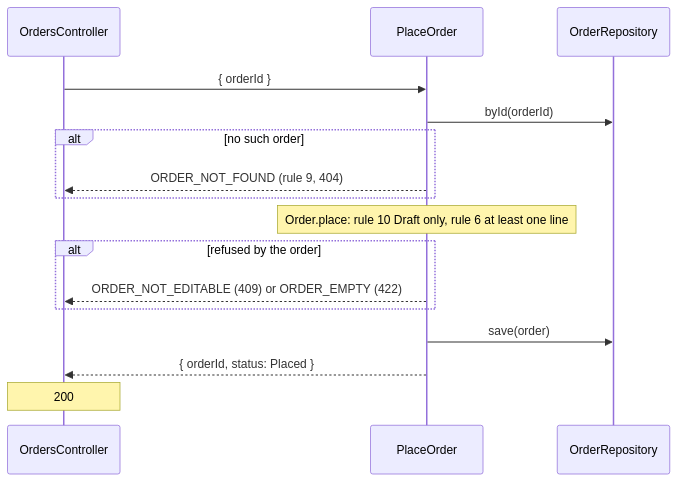
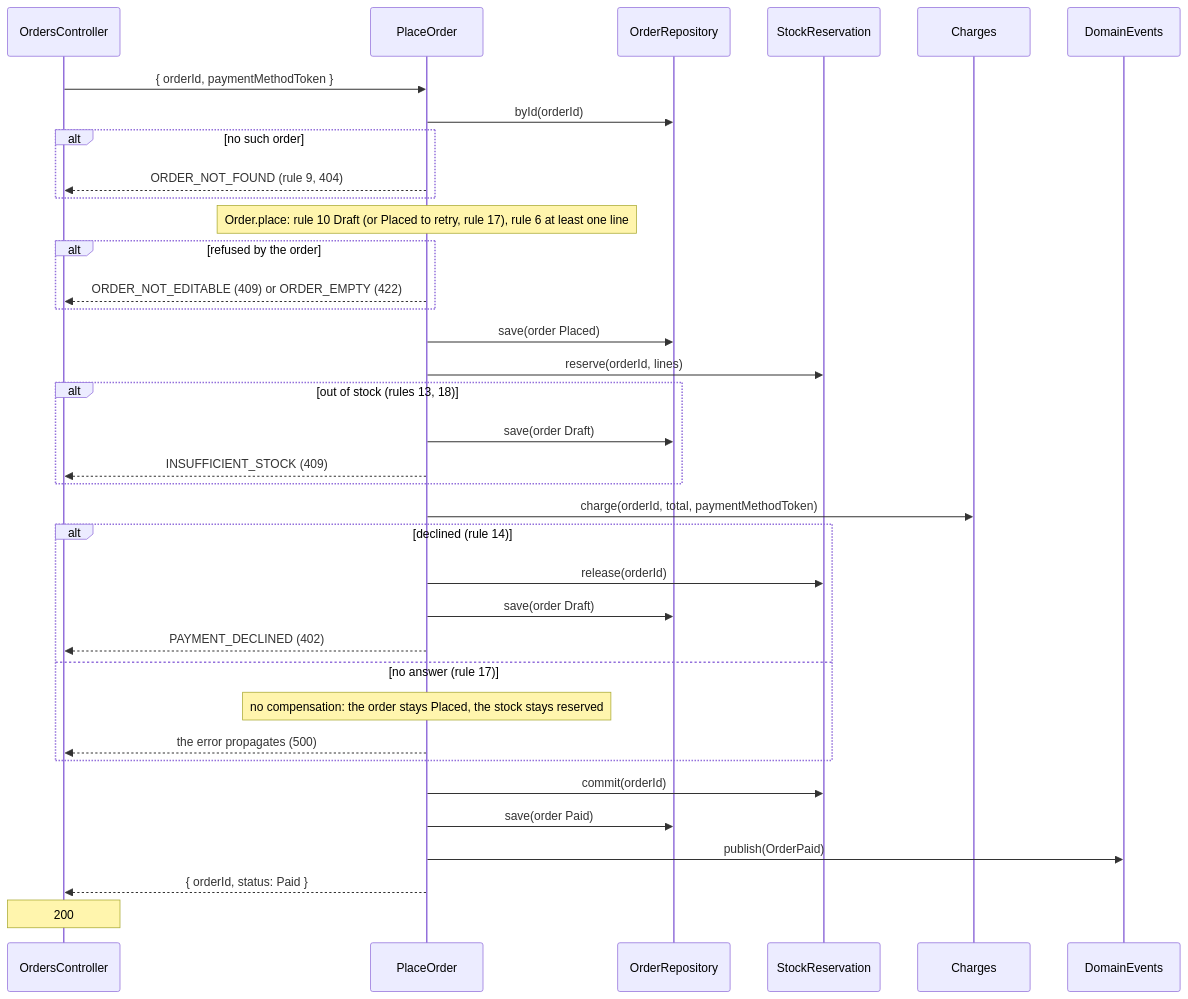
Before and after one commit to Project-Builder-Schematics/Anvil: the third of 5 diagrams in docs/ordering/flows.md, drawn with Mermaid. The commit also changed other lines of this file and 5 other files, not shown here.

Commit message:
docs(ordering): place an order by reserving stock, charging and paying it

````diff
--- a/docs/ordering/flows.md
+++ b/docs/ordering/flows.md
@@ -50,18 +52,38 @@
 ```mermaid
 sequenceDiagram
   participant C as OrdersController
   participant U as PlaceOrder
   participant R as OrderRepository
-  C->>U: { orderId }
+  participant S as StockReservation
+  participant P as Charges
+  participant E as DomainEvents
+  C->>U: { orderId, paymentMethodToken }
   U->>R: byId(orderId)
   alt no such order
     U-->>C: ORDER_NOT_FOUND (rule 9, 404)
   end
-  Note over U: Order.place: rule 10 Draft only, rule 6 at least one line
+  Note over U: Order.place: rule 10 Draft (or Placed to retry, rule 17), rule 6 at least one line
   alt refused by the order
     U-->>C: ORDER_NOT_EDITABLE (409) or ORDER_EMPTY (422)
   end
-  U->>R: save(order)
-  U-->>C: { orderId, status: Placed }
+  U->>R: save(order Placed)
+  U->>S: reserve(orderId, lines)
+  alt out of stock (rules 13, 18)
+    U->>R: save(order Draft)
+    U-->>C: INSUFFICIENT_STOCK (409)
+  end
+  U->>P: charge(orderId, total, paymentMethodToken)
+  alt declined (rule 14)
+    U->>S: release(orderId)
+    U->>R: save(order Draft)
+    U-->>C: PAYMENT_DECLINED (402)
+  else no answer (rule 17)
+    Note over U: no compensation: the order stays Placed, the stock stays reserved
+    U-->>C: the error propagates (500)
+  end
+  U->>S: commit(orderId)
+  U->>R: save(order Paid)
+  U->>E: publish(OrderPaid)
+  U-->>C: { orderId, status: Paid }
   Note over C: 200
 ```
````
